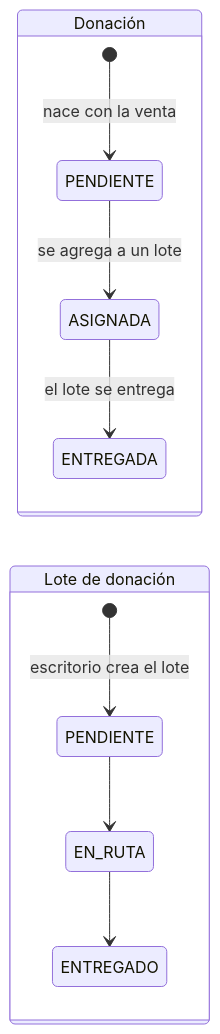
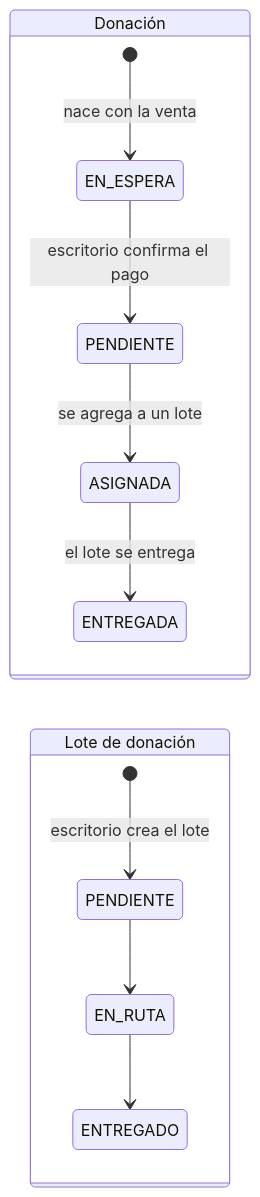
Before and after one commit to Arukxyz/H-seg_Store_Web_Project: the fifth of 7 diagrams in docs/arquitectura.md, drawn with Mermaid. The commit also changed other lines of this file and 4 other files, not shown here.

````diff
--- a/docs/arquitectura.md
+++ b/docs/arquitectura.md
@@ -171,16 +197,17 @@
 ```mermaid
 stateDiagram-v2
     direction LR
     state "Donación" as D {
         state "PENDIENTE" as DP
-        [*] --> DP: nace con la venta
+        [*] --> EN_ESPERA: nace con la venta
+        EN_ESPERA --> DP: escritorio confirma el pago
         DP --> ASIGNADA: se agrega a un lote
         ASIGNADA --> ENTREGADA: el lote se entrega
     }
     state "Lote de donación" as L {
         state "PENDIENTE" as LP
         [*] --> LP: escritorio crea el lote
         LP --> EN_RUTA
         EN_RUTA --> ENTREGADO
     }
 ```
````
